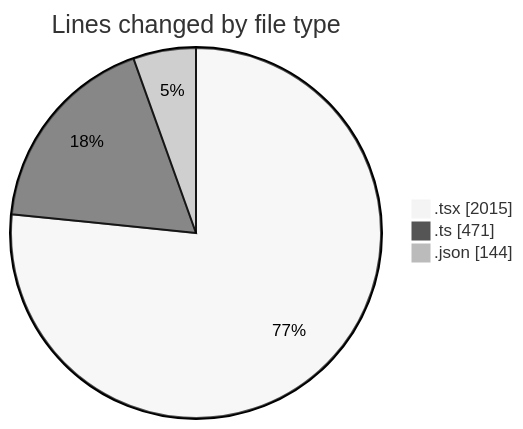
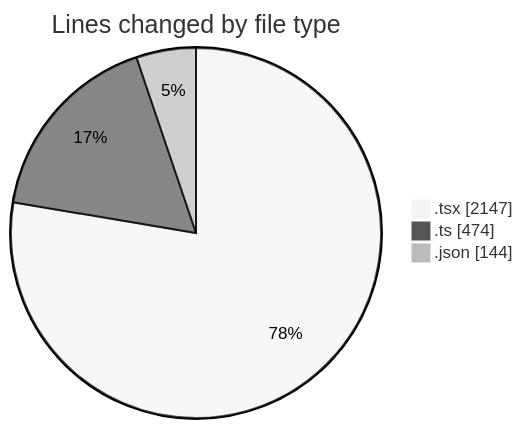
One commit to robertbonfada/code-tracking changed the first of 2 diagrams in 2025-02-18/mbc-web/README.md. Above: the diagram before and after it, drawn with Mermaid (neutral theme). The commit also changed other lines of this file and 1 other file, not shown here.

````diff
--- a/2025-02-18/mbc-web/README.md
+++ b/2025-02-18/mbc-web/README.md
@@ -34,7 +38,7 @@
 ```mermaid
 pie showData
 title Lines changed by file type
-".tsx" : 2015
-".ts" : 471
+".tsx" : 2147
+".ts" : 474
 ".json" : 144
 ```
````
